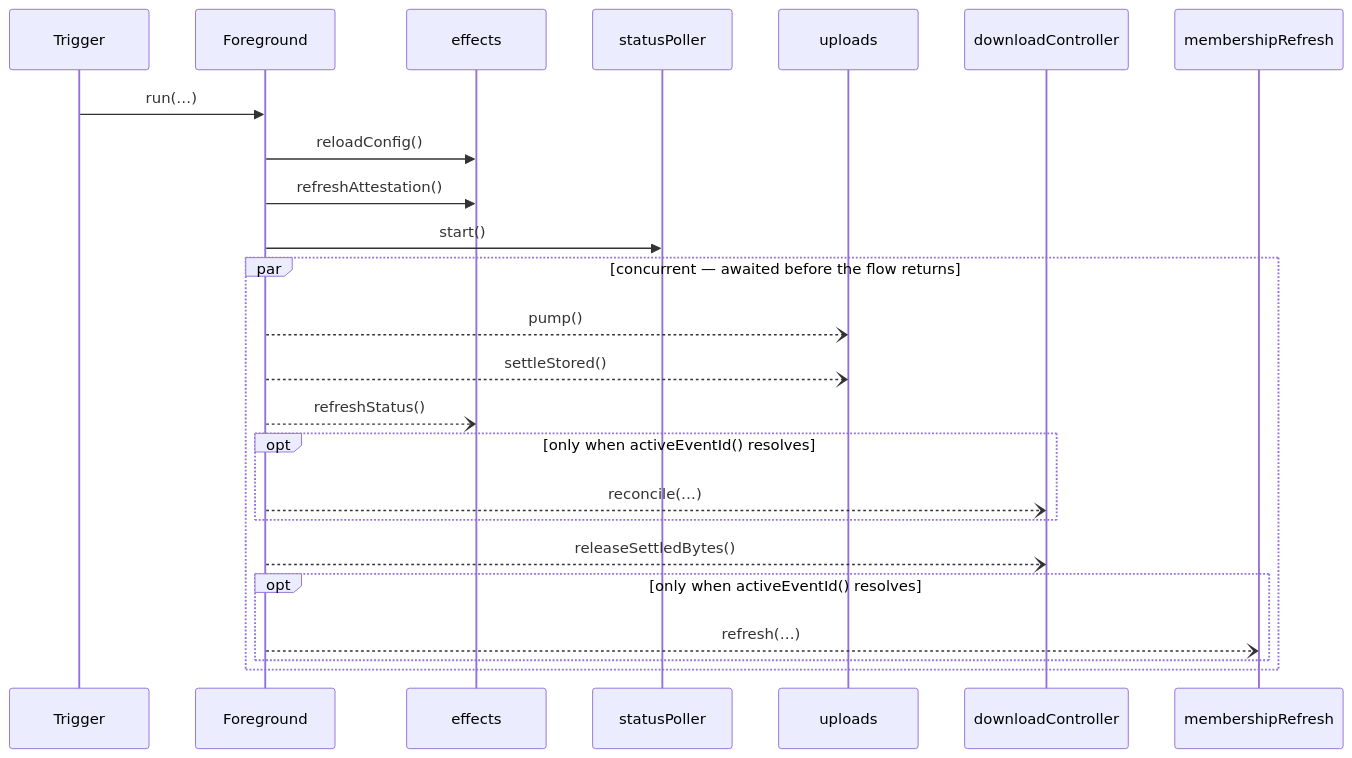
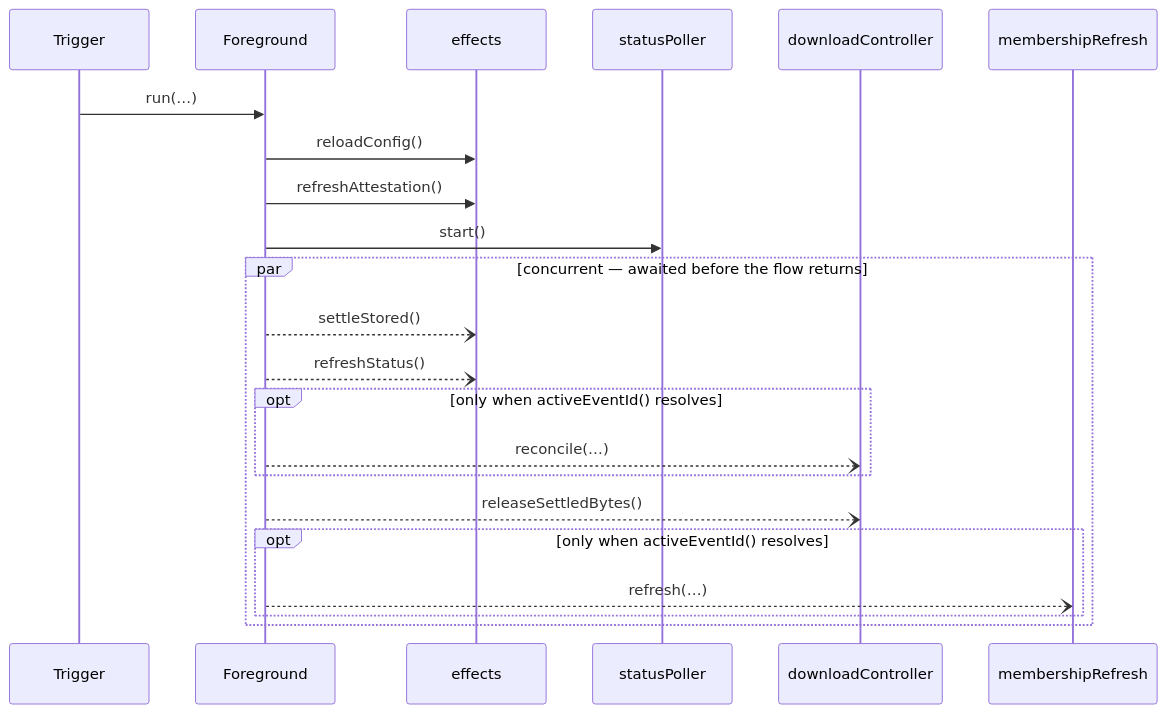
Before and after one commit to stefanhoelzl/SnapSync: the diagram in architecture/flows/Foreground.md, drawn with Mermaid. The commit also changed 6 other files, not shown here.

First line of the commit message:
internal(architecture-diagrams): regenerate for own work per wake

````diff
--- a/architecture/flows/Foreground.md
+++ b/architecture/flows/Foreground.md
@@ -14,26 +14,24 @@
 ```mermaid
 sequenceDiagram
   participant Trigger
   participant Foreground
   participant effects
   participant statusPoller
-  participant uploads
   participant downloadController
   participant membershipRefresh
   Trigger->>Foreground: run(…)
   Foreground->>effects: reloadConfig()
   Foreground->>effects: refreshAttestation()
   Foreground->>statusPoller: start()
   par concurrent — awaited before the flow returns
-    Foreground--)uploads: pump()
-    Foreground--)uploads: settleStored()
+    Foreground--)effects: settleStored()
     Foreground--)effects: refreshStatus()
     opt only when activeEventId() resolves
       Foreground--)downloadController: reconcile(…)
     end
     Foreground--)downloadController: releaseSettledBytes()
     opt only when activeEventId() resolves
       Foreground--)membershipRefresh: refresh(…)
     end
   end
 ```
````
